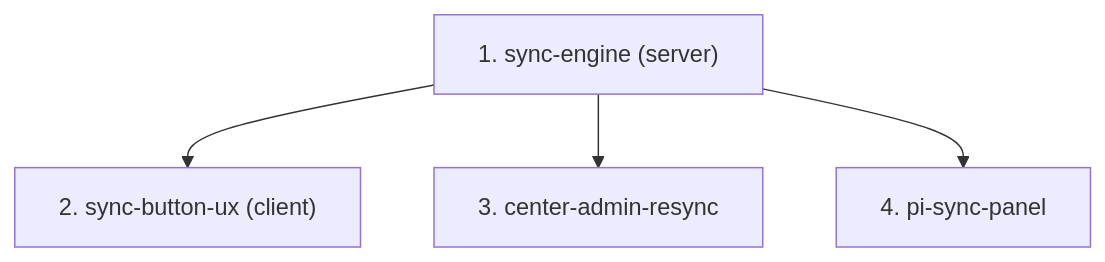
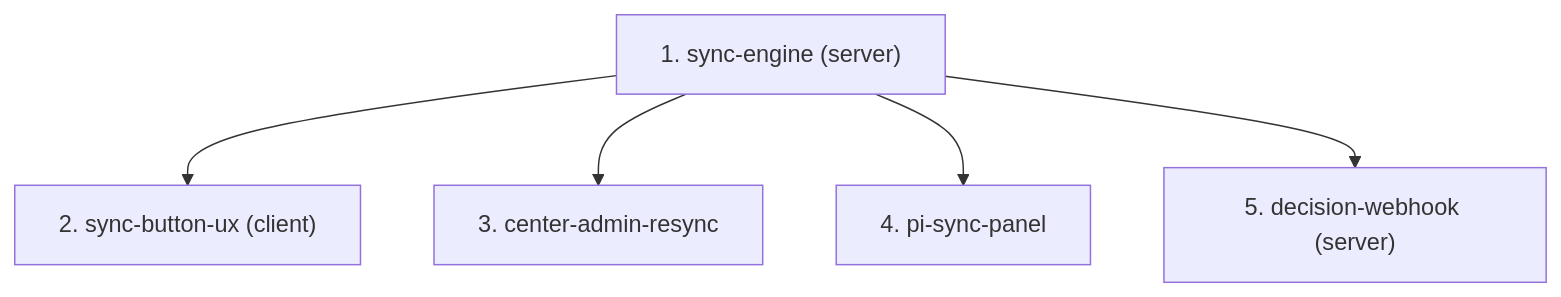
One commit to AllianceBioversityCIAT/alliance-research-indicators-main changed the diagram in docs/specs/bilateral/prms-sync/family.md. Above: the diagram before and after it, drawn with Mermaid. The commit also changed other lines of this file and 1 other file, not shown here.

First line of the commit message:
docs(prms-sync): propose the PRMS decision webhook child

````diff
--- a/docs/specs/bilateral/prms-sync/family.md
+++ b/docs/specs/bilateral/prms-sync/family.md
@@ -46,6 +47,7 @@
 ```mermaid
 graph TD
     C1["1. sync-engine (server)"] --> C2["2. sync-button-ux (client)"]
     C1 --> C3["3. center-admin-resync"]
     C1 --> C4["4. pi-sync-panel"]
+    C1 --> C5["5. decision-webhook (server)"]
 ```
````
